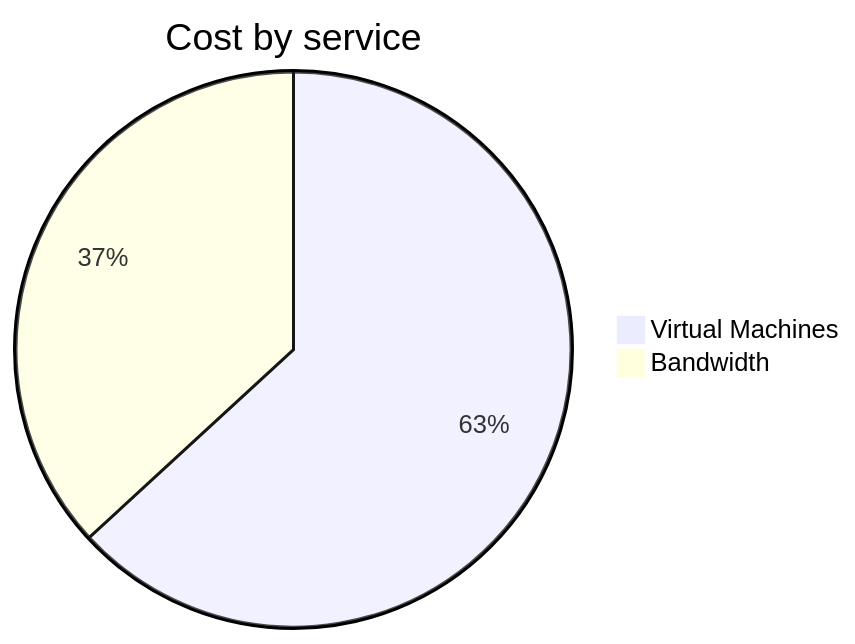
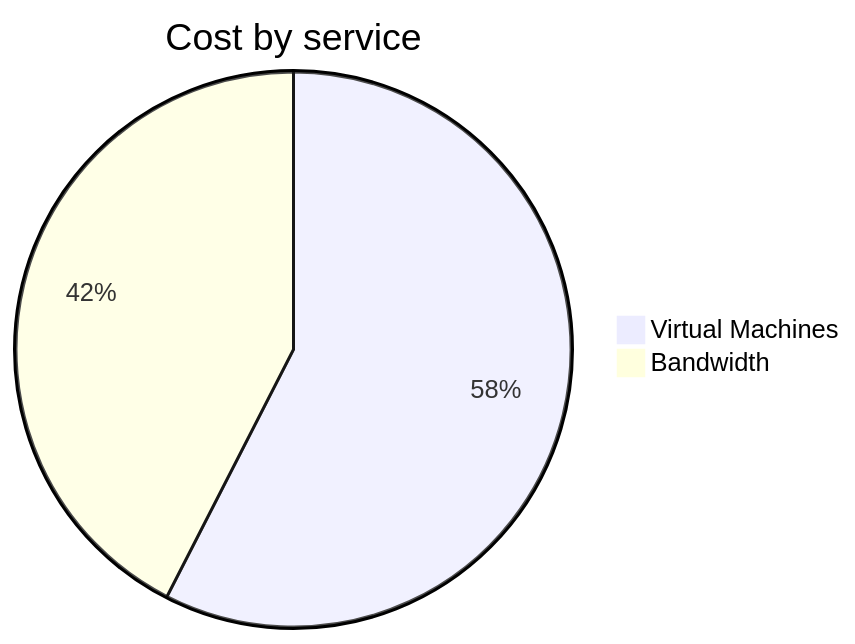
The second of 4 diagrams in cost-reports/personal-network/vpn-server.md (jpfulton/azure-personal-reports), drawn with Mermaid before and after one commit. The commit also changed other lines of this file and 8 other files, not shown here.

````diff
--- a/cost-reports/personal-network/vpn-server.md
+++ b/cost-reports/personal-network/vpn-server.md
@@ -94,6 +94,6 @@
 ```mermaid
 pie
    title Cost by service
-   "Virtual Machines" : 0.24
-   "Bandwidth" : 0.14
+   "Virtual Machines" : 0.42
+   "Bandwidth" : 0.31
 ```
````
